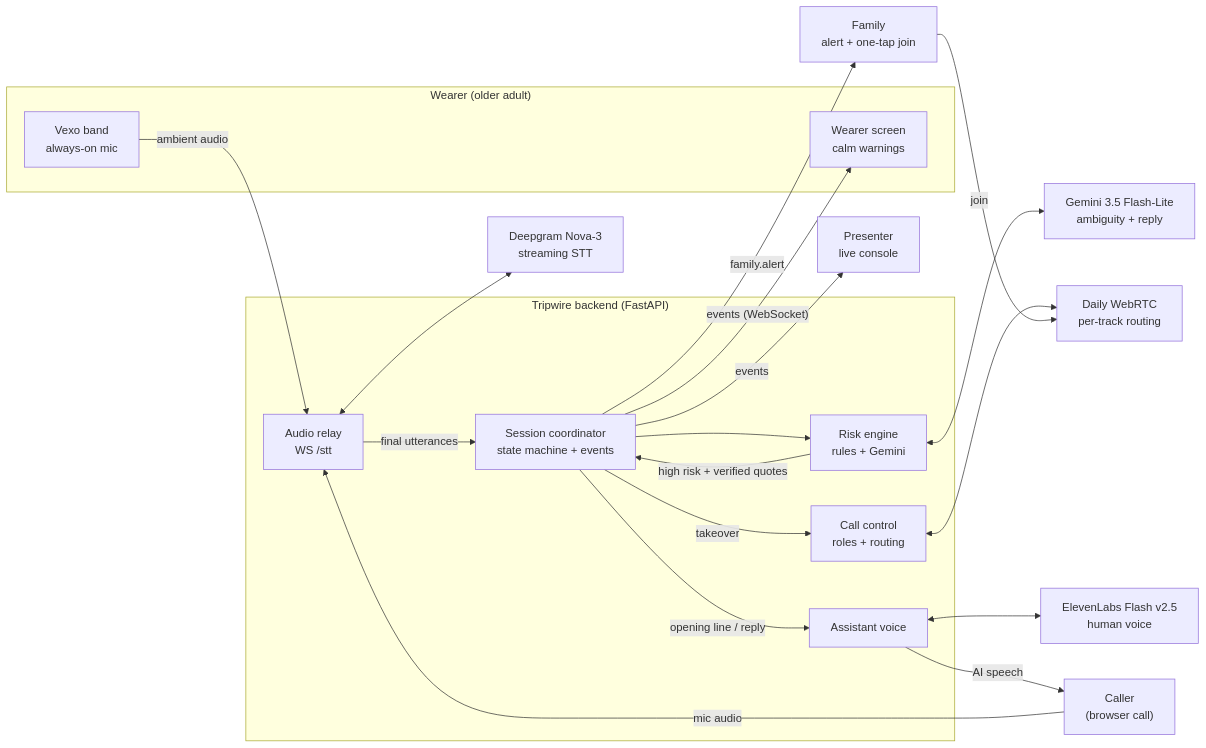
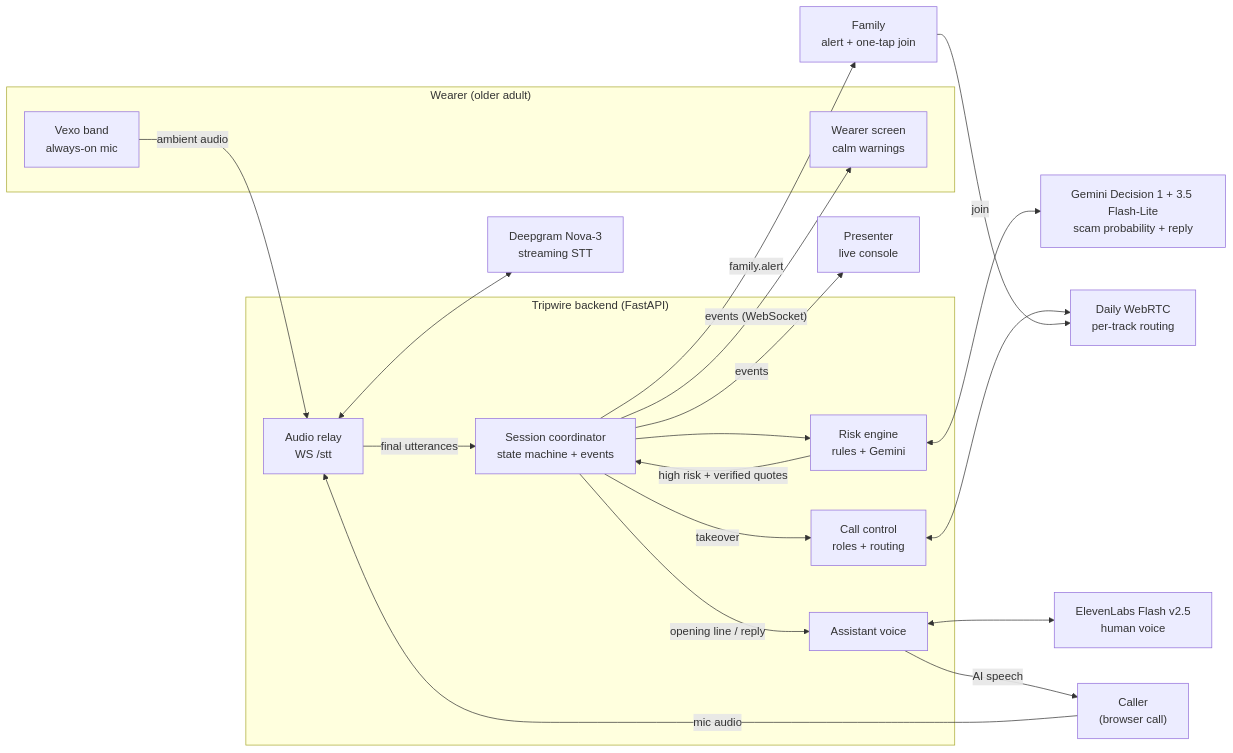
One commit to ayushgawai/tripwire changed the diagram in README.md. Above: the diagram before and after it, drawn with Mermaid. The commit also changed 4 other files, not shown here.

Commit message:
Gemini Decision 1 (Decisions API) scores every sentence in parallel with rules; escalates review->takeover at >=90%; shown on presenter

````diff
--- a/README.md
+++ b/README.md
@@ -13,40 +13,40 @@
 ```mermaid
 flowchart LR
     subgraph Wearer["Wearer (older adult)"]
         BAND["Vexo band<br/>always-on mic"]
         WAPP["Wearer screen<br/>calm warnings"]
     end
     CALLER["Caller<br/>(browser call)"]
     FAMILY["Family<br/>alert + one-tap join"]
     PRES["Presenter<br/>live console"]
 
     subgraph Backend["Tripwire backend (FastAPI)"]
         RELAY["Audio relay<br/>WS /stt"]
         COORD["Session coordinator<br/>state machine + events"]
         INTEL["Risk engine<br/>rules + Gemini"]
         VOICE["Assistant voice"]
         CALLS["Call control<br/>roles + routing"]
     end
 
     DG["Deepgram Nova-3<br/>streaming STT"]
-    GEM["Gemini 3.5 Flash-Lite<br/>ambiguity + reply"]
+    GEM["Gemini Decision 1 + 3.5 Flash-Lite<br/>scam probability + reply"]
     EL["ElevenLabs Flash v2.5<br/>human voice"]
     DAILY["Daily WebRTC<br/>per-track routing"]
 
     BAND -- ambient audio --> RELAY
     CALLER -- mic audio --> RELAY
     RELAY <--> DG
     RELAY -- final utterances --> COORD
     COORD --> INTEL
     INTEL <--> GEM
     INTEL -- high risk + verified quotes --> COORD
     COORD -- takeover --> CALLS
     CALLS <--> DAILY
     COORD -- opening line / reply --> VOICE
     VOICE <--> EL
     VOICE -- AI speech --> CALLER
     COORD -- events (WebSocket) --> WAPP
     COORD -- family.alert --> FAMILY
     COORD -- events --> PRES
     FAMILY -- join --> DAILY
 ```
````
